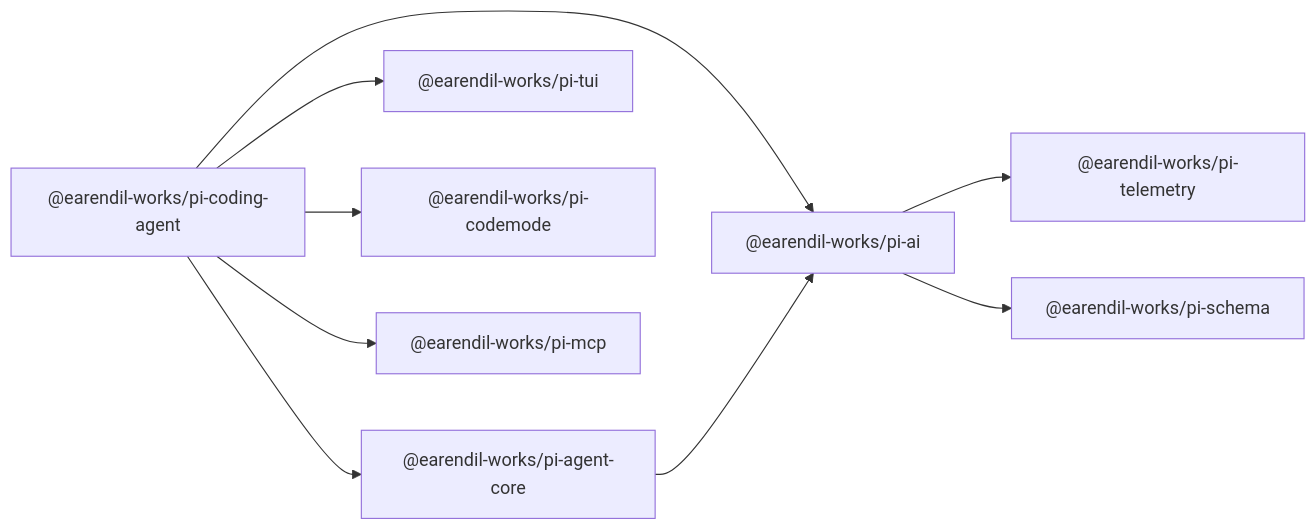
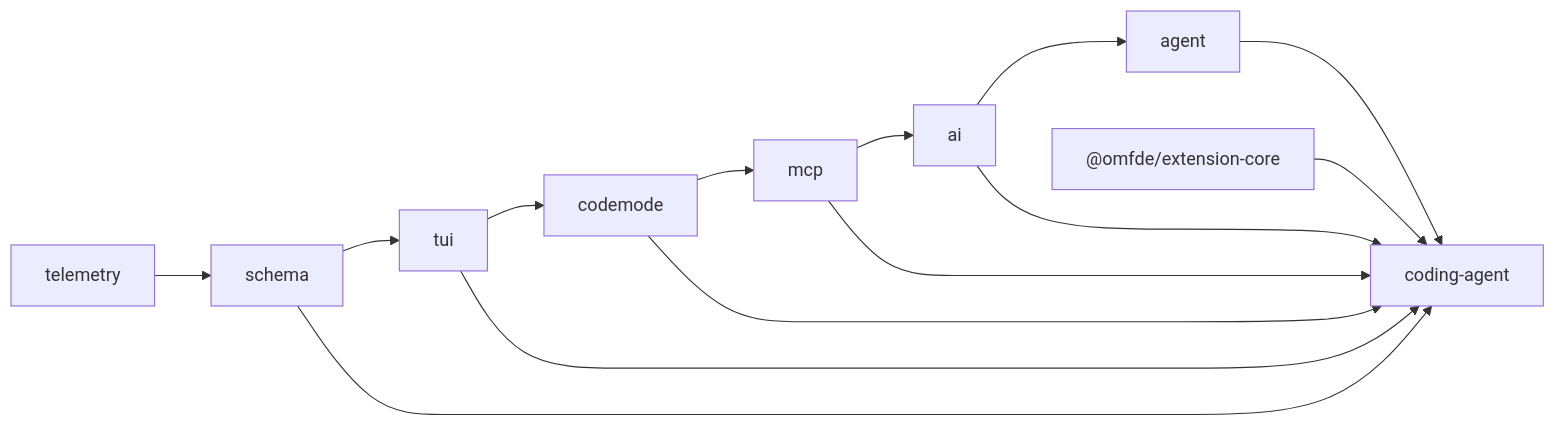
One commit to FDE-GROUP/oh-my-coding-agent changed the ninth of 9 diagrams in .qoder/repowiki/zh/content/项目概述/架构概览.md. Above: the diagram before and after it, drawn with Mermaid. The commit also changed other lines of this file and 755 other files, not shown here.

````diff
--- a/.qoder/repowiki/zh/content/项目概述/架构概览.md
+++ b/.qoder/repowiki/zh/content/项目概述/架构概览.md
@@ -314,11 +336,16 @@
 ```mermaid
 graph LR
-coding_agent["@earendil-works/pi-coding-agent"] --> agent_core["@earendil-works/pi-agent-core"]
-coding_agent --> ai["@earendil-works/pi-ai"]
-coding_agent --> tui["@earendil-works/pi-tui"]
-coding_agent --> codemode["@earendil-works/pi-codemode"]
-coding_agent --> mcp["@earendil-works/pi-mcp"]
-agent_core --> ai
-ai --> telemetry["@earendil-works/pi-telemetry"]
-ai --> schema["@earendil-works/pi-schema"]
+TE["telemetry"] --> SC["schema"]
+SC --> TU["tui"]
+TU --> CM["codemode"]
+CM --> MC["mcp"]
+MC --> AI["ai"]
+AI --> AG["agent"]
+AI --> CA["coding-agent"]
+SC --> CA
+TU --> CA
+CM --> CA
+MC --> CA
+AG --> CA
+EXT["@omfde/extension-core"] --> CA
 ```
````
